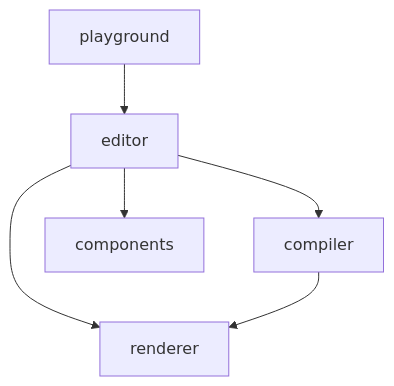
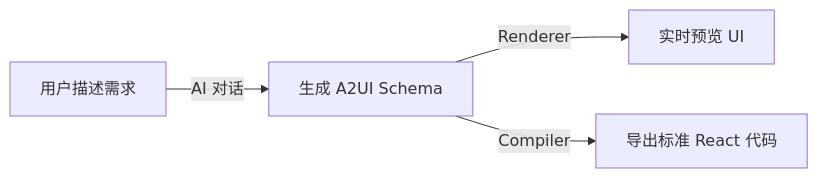
Before and after one commit to Chengbai2003/lowcode_platform: the first of 3 diagrams in project_summary.md, drawn with Mermaid. The commit also changed other lines of this file and 14 other files, not shown here.

````diff
--- a/project_summary.md
+++ b/project_summary.md
@@ -25,8 +20,6 @@
 ```mermaid
-graph TD
-    A[playground] --> B[editor]
-    B --> C[compiler]
-    B --> D[renderer]
-    B --> E[components]
-    C --> D
+flowchart LR
+    A[用户描述需求] -->|AI 对话| B[生成 A2UI Schema]
+    B -->|Renderer| C[实时预览 UI]
+    B -->|Compiler| D[导出标准 React 代码]
 ```
````
